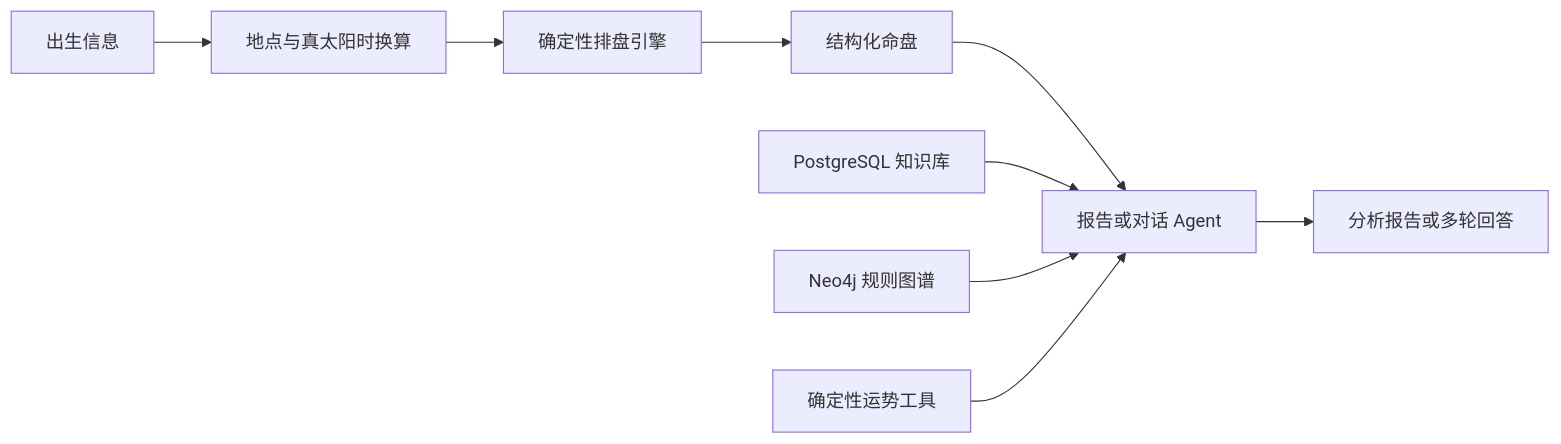
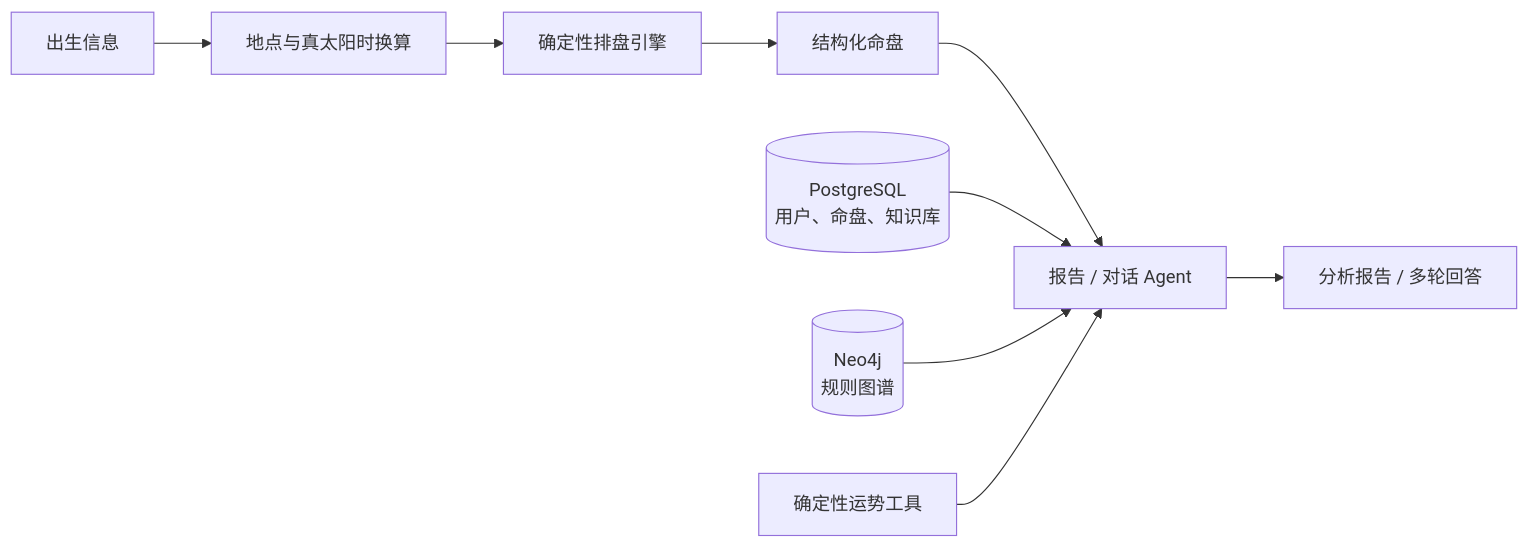
The diagram in README.md (WwHeshi/tianxu), drawn with Mermaid before and after one commit. The commit also changed other lines of this file and 8 other files, not shown here.

````diff
--- a/README.md
+++ b/README.md
@@ -54,11 +71,11 @@
-~~~mermaid
+```mermaid
 flowchart LR
     A[出生信息] --> B[地点与真太阳时换算]
     B --> C[确定性排盘引擎]
     C --> D[结构化命盘]
-    D --> E[报告或对话 Agent]
-    F[PostgreSQL 知识库] --> E
-    G[Neo4j 规则图谱] --> E
+    D --> E[报告 / 对话 Agent]
+    F[(PostgreSQL<br/>用户、命盘、知识库)] --> E
+    G[(Neo4j<br/>规则图谱)] --> E
     H[确定性运势工具] --> E
-    E --> I[分析报告或多轮回答]
-~~~
+    E --> I[分析报告 / 多轮回答]
+```
````
